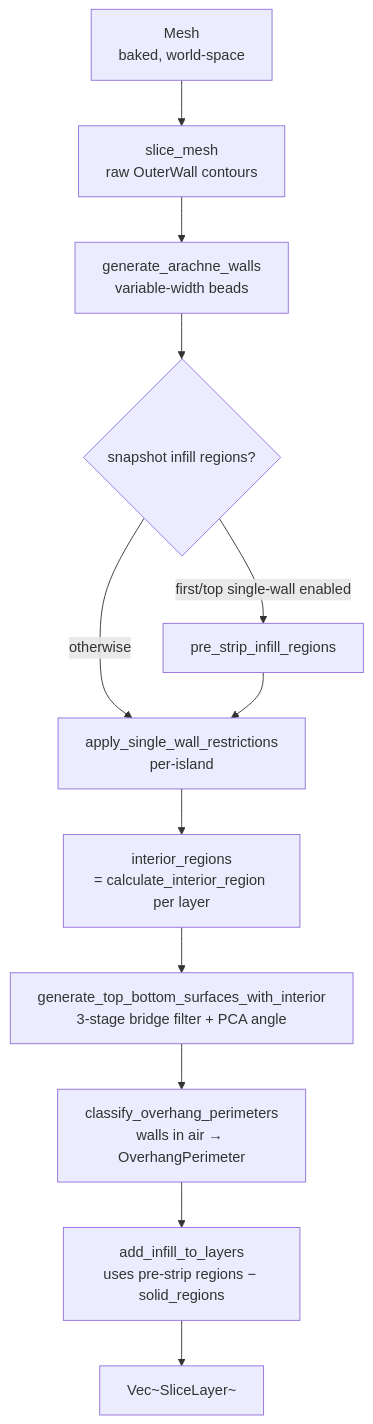
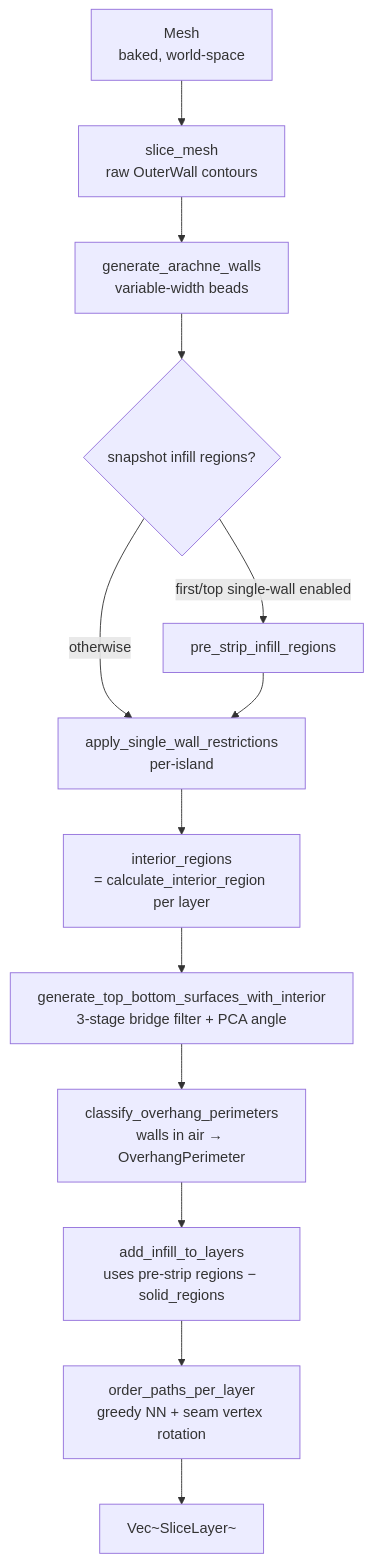
One commit to max-scopp/slicer-engine changed the second of 3 diagrams in src/core/README.md. Above: the diagram before and after it, drawn with Mermaid. The commit also changed other lines of this file and 2 other files, not shown here.

Commit message:
docs: update README files to enhance clarity on slicing algorithms, parameters, and travel sequence

````diff
--- a/src/core/README.md
+++ b/src/core/README.md
@@ -87,14 +90,15 @@
 ```mermaid
 flowchart TD
     M[Mesh<br/>baked, world-space] --> S1[slice_mesh<br/>raw OuterWall contours]
     S1 --> S2[generate_arachne_walls<br/>variable-width beads]
     S2 --> S3{snapshot infill regions?}
     S3 -->|first/top single-wall enabled| SN[pre_strip_infill_regions]
     S3 -->|otherwise| W
     SN --> W[apply_single_wall_restrictions<br/>per-island]
     W --> I[interior_regions<br/>= calculate_interior_region per layer]
     I --> SF[generate_top_bottom_surfaces_with_interior<br/>3-stage bridge filter + PCA angle]
     SF --> OV[classify_overhang_perimeters<br/>walls in air → OverhangPerimeter]
     OV --> IN[add_infill_to_layers<br/>uses pre-strip regions − solid_regions]
-    IN --> L[Vec~SliceLayer~]
+    IN --> ORD[order_paths_per_layer<br/>greedy NN + seam vertex rotation]
+    ORD --> L[Vec~SliceLayer~]
 ```
````
